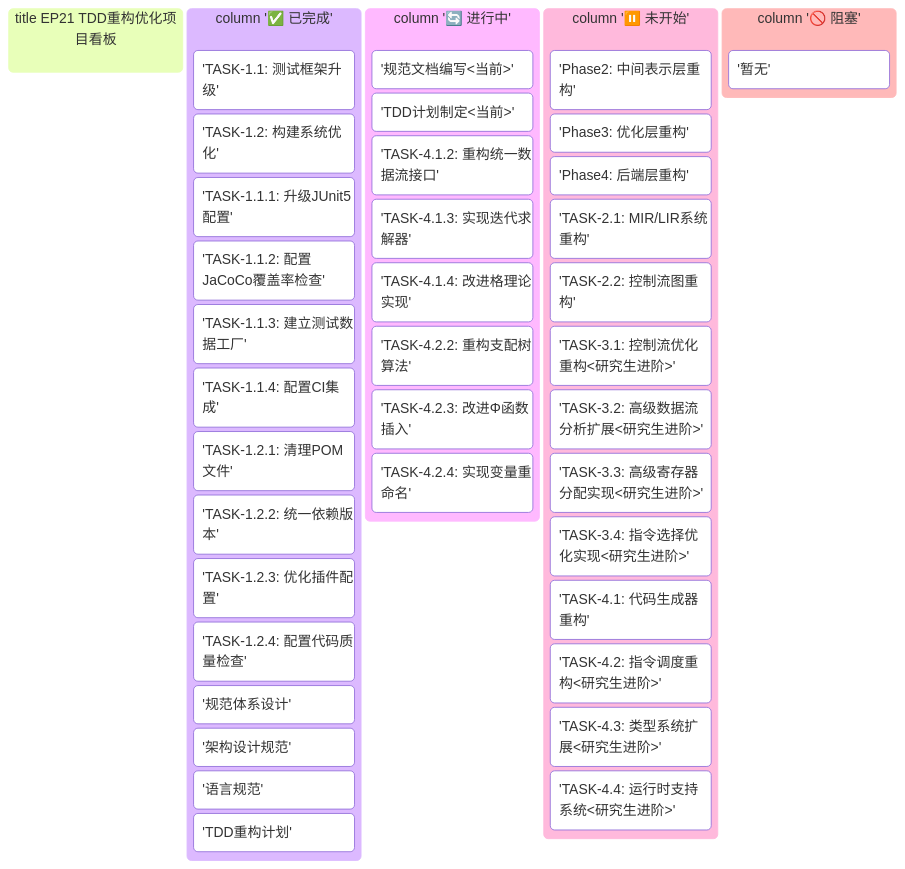
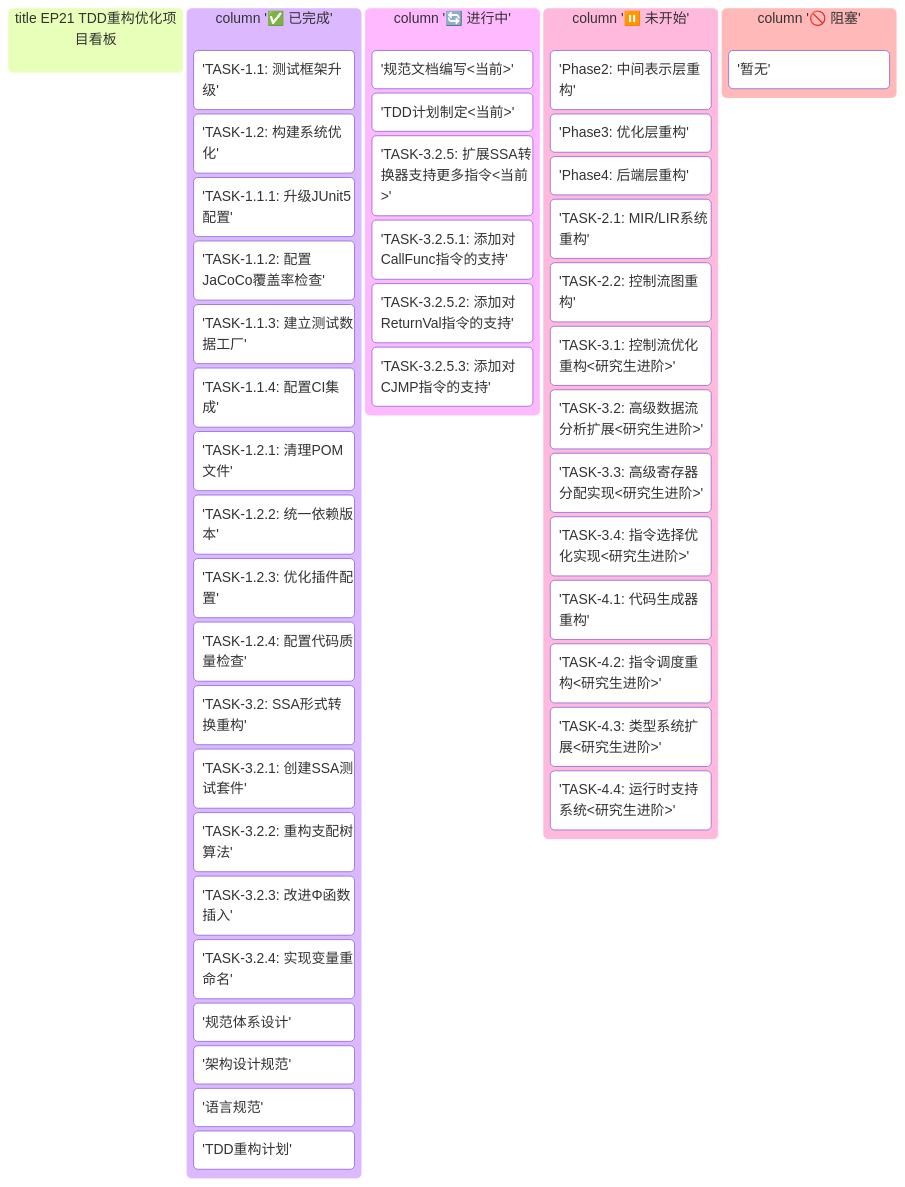
Before and after one commit to whtoo/How_to_implment_PL_in_Antlr4: the diagram in ep21/docs/TDD重构计划.md, drawn with Mermaid. The commit also changed other lines of this file and 16 other files, not shown here.

````diff
--- a/ep21/docs/TDD重构计划.md
+++ b/ep21/docs/TDD重构计划.md
@@ -13,48 +14,51 @@
 ```mermaid
 kanban
   title EP21 TDD重构优化项目看板
 
   column '✅ 已完成'
     'TASK-1.1: 测试框架升级'
     'TASK-1.2: 构建系统优化'
     'TASK-1.1.1: 升级JUnit5配置'
     'TASK-1.1.2: 配置JaCoCo覆盖率检查'
     'TASK-1.1.3: 建立测试数据工厂'
     'TASK-1.1.4: 配置CI集成'
     'TASK-1.2.1: 清理POM文件'
     'TASK-1.2.2: 统一依赖版本'
     'TASK-1.2.3: 优化插件配置'
     'TASK-1.2.4: 配置代码质量检查'
+    'TASK-3.2: SSA形式转换重构'
+    'TASK-3.2.1: 创建SSA测试套件'
+    'TASK-3.2.2: 重构支配树算法'
+    'TASK-3.2.3: 改进Φ函数插入'
+    'TASK-3.2.4: 实现变量重命名'
     '规范体系设计'
     '架构设计规范'
     '语言规范'
     'TDD重构计划'
 
   column '🔄 进行中'
     '规范文档编写<当前>'
     'TDD计划制定<当前>'
-    'TASK-4.1.2: 重构统一数据流接口'
-    'TASK-4.1.3: 实现迭代求解器'
-    'TASK-4.1.4: 改进格理论实现'
-    'TASK-4.2.2: 重构支配树算法'
-    'TASK-4.2.3: 改进Φ函数插入'
-    'TASK-4.2.4: 实现变量重命名'
+    'TASK-3.2.5: 扩展SSA转换器支持更多指令<当前>'
+    'TASK-3.2.5.1: 添加对CallFunc指令的支持'
+    'TASK-3.2.5.2: 添加对ReturnVal指令的支持'
+    'TASK-3.2.5.3: 添加对CJMP指令的支持'
 
   column '⏸️ 未开始'
     'Phase2: 中间表示层重构'
     'Phase3: 优化层重构'
     'Phase4: 后端层重构'
     'TASK-2.1: MIR/LIR系统重构'
     'TASK-2.2: 控制流图重构'
     'TASK-3.1: 控制流优化重构<研究生进阶>'
     'TASK-3.2: 高级数据流分析扩展<研究生进阶>'
     'TASK-3.3: 高级寄存器分配实现<研究生进阶>'
     'TASK-3.4: 指令选择优化实现<研究生进阶>'
     'TASK-4.1: 代码生成器重构'
     'TASK-4.2: 指令调度重构<研究生进阶>'
     'TASK-4.3: 类型系统扩展<研究生进阶>'
     'TASK-4.4: 运行时支持系统<研究生进阶>'
 
   column '🚫 阻塞'
     '暂无'
 ```
````
